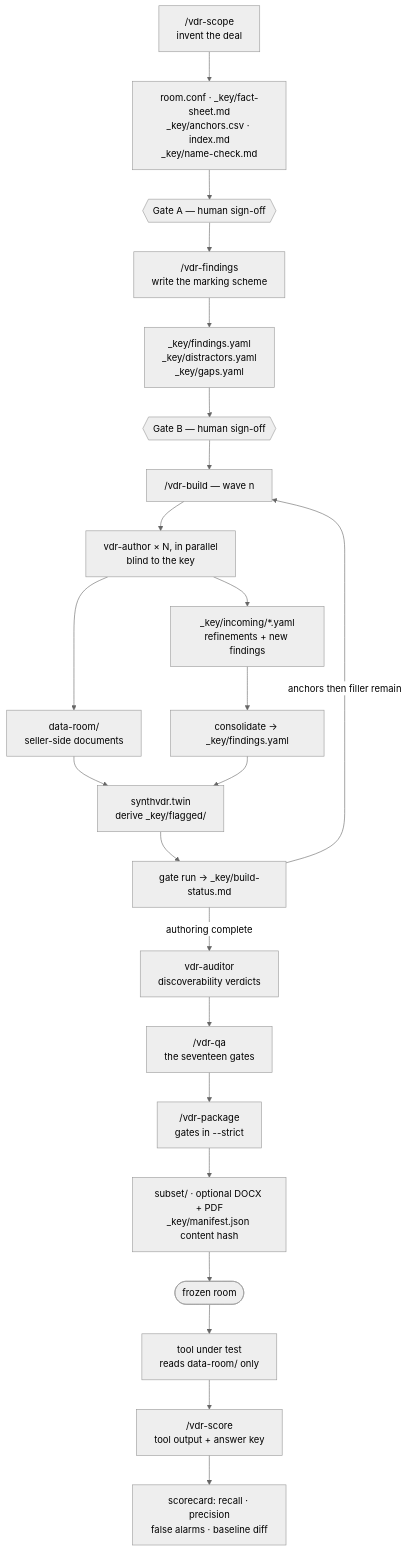
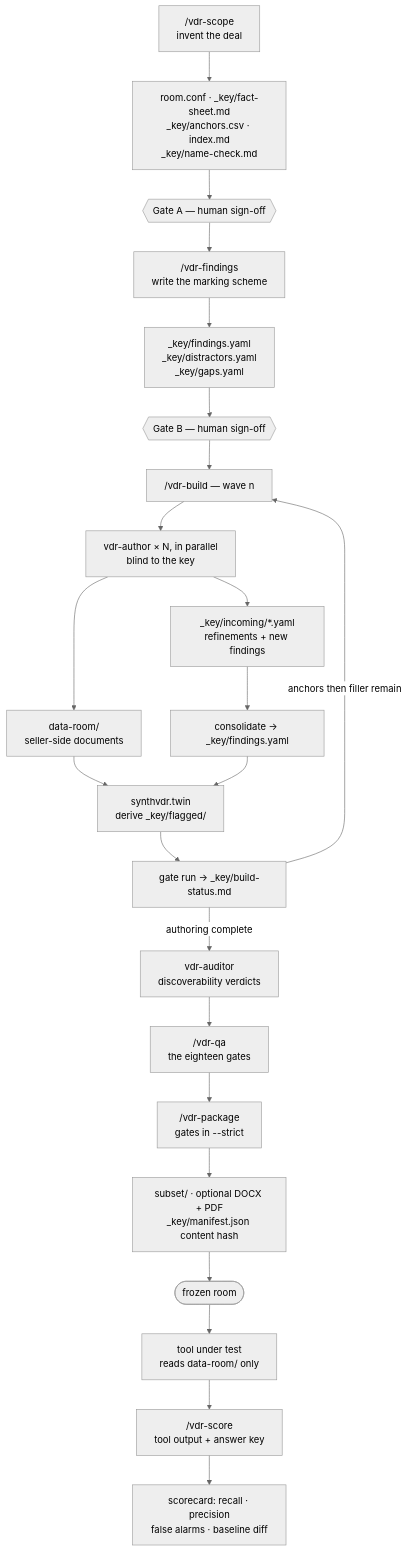
Before and after one commit to gblegal/gb_synth_vdr: the diagram in ARCHITECTURE.md, drawn with Mermaid (neutral theme). The commit also changed other lines of this file and 13 other files, not shown here.

````diff
--- a/ARCHITECTURE.md
+++ b/ARCHITECTURE.md
@@ -85,25 +85,25 @@
 ```mermaid
 flowchart TB
     S["/vdr-scope<br/>invent the deal"] --> SA["room.conf · _key/fact-sheet.md<br/>_key/anchors.csv · index.md<br/>_key/name-check.md"]
     SA --> GA{{"Gate A — human sign-off"}}
     GA --> F["/vdr-findings<br/>write the marking scheme"]
     F --> FA["_key/findings.yaml<br/>_key/distractors.yaml<br/>_key/gaps.yaml"]
     FA --> GB{{"Gate B — human sign-off"}}
     GB --> W["/vdr-build — wave n"]
     W --> A["vdr-author × N, in parallel<br/>blind to the key"]
     A --> D["data-room/<br/>seller-side documents"]
     A --> I["_key/incoming/*.yaml<br/>refinements + new findings"]
     I --> C["consolidate → _key/findings.yaml"]
     D --> TW["synthvdr.twin<br/>derive _key/flagged/"]
     C --> TW
     TW --> G["gate run → _key/build-status.md"]
     G -->|"anchors then filler remain"| W
     G -->|"authoring complete"| AU["vdr-auditor<br/>discoverability verdicts"]
-    AU --> Q["/vdr-qa<br/>the seventeen gates"]
+    AU --> Q["/vdr-qa<br/>the eighteen gates"]
     Q --> P["/vdr-package<br/>gates in --strict"]
     P --> SUB["subset/ · optional DOCX + PDF<br/>_key/manifest.json content hash"]
     SUB --> R(["frozen room"])
     R --> TU["tool under test<br/>reads data-room/ only"]
     TU --> SCO["/vdr-score<br/>tool output + answer key"]
     SCO --> CARD["scorecard: recall · precision<br/>false alarms · baseline diff"]
 ```
````
